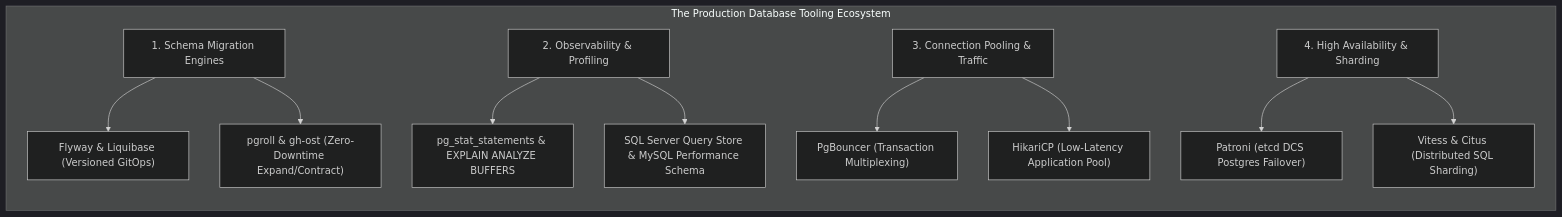
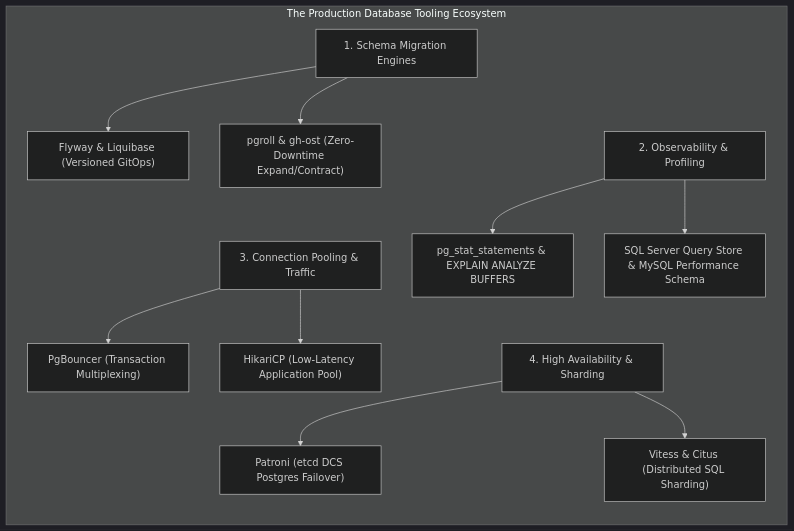
The fourth of 6 diagrams in README.md (santoshjammi29/sql-handbook), drawn with Mermaid (dark theme) before and after one commit. The commit also changed other lines of this file and 1 other file, not shown here.

Commit message:
fix(diagrams): enforce strict sequential rendering and ordering constraints across mermaid diagrams

````diff
--- a/README.md
+++ b/README.md
@@ -334,17 +334,24 @@
 ```mermaid
 flowchart TD
     subgraph ToolingSuite["The Production Database Tooling Ecosystem"]
         direction TB
         M["1. Schema Migration Engines"] --> M1["Flyway & Liquibase (Versioned GitOps)"]
         M --> M2["pgroll & gh-ost (Zero-Downtime Expand/Contract)"]
 
         P["2. Observability & Profiling"] --> P1["pg_stat_statements & EXPLAIN ANALYZE BUFFERS"]
         P --> P2["SQL Server Query Store & MySQL Performance Schema"]
 
         C["3. Connection Pooling & Traffic"] --> C1["PgBouncer (Transaction Multiplexing)"]
         C --> C2["HikariCP (Low-Latency Application Pool)"]
 
         H["4. High Availability & Sharding"] --> H1["Patroni (etcd DCS Postgres Failover)"]
         H --> H2["Vitess & Citus (Distributed SQL Sharding)"]
+
+        M ~~~ P
+        C ~~~ H
+        M1 ~~~ C
+        M2 ~~~ C
+        P1 ~~~ H
+        P2 ~~~ H
     end
 ```
````
